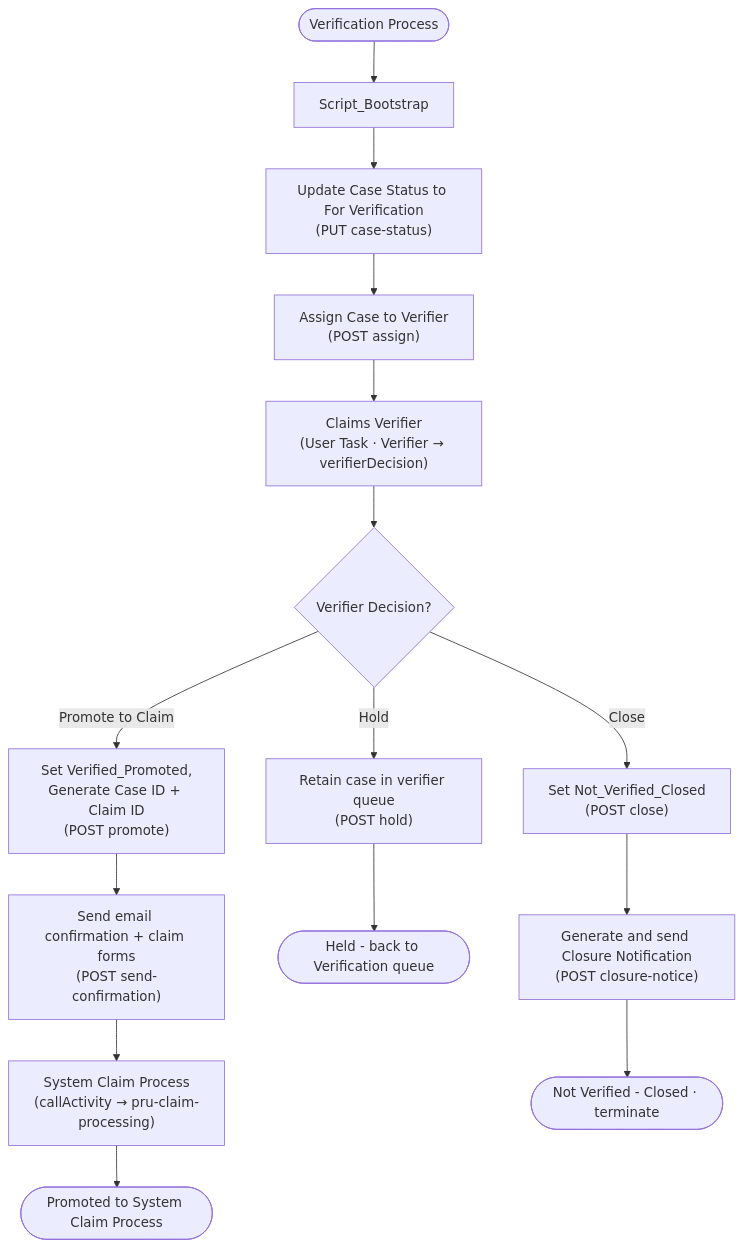
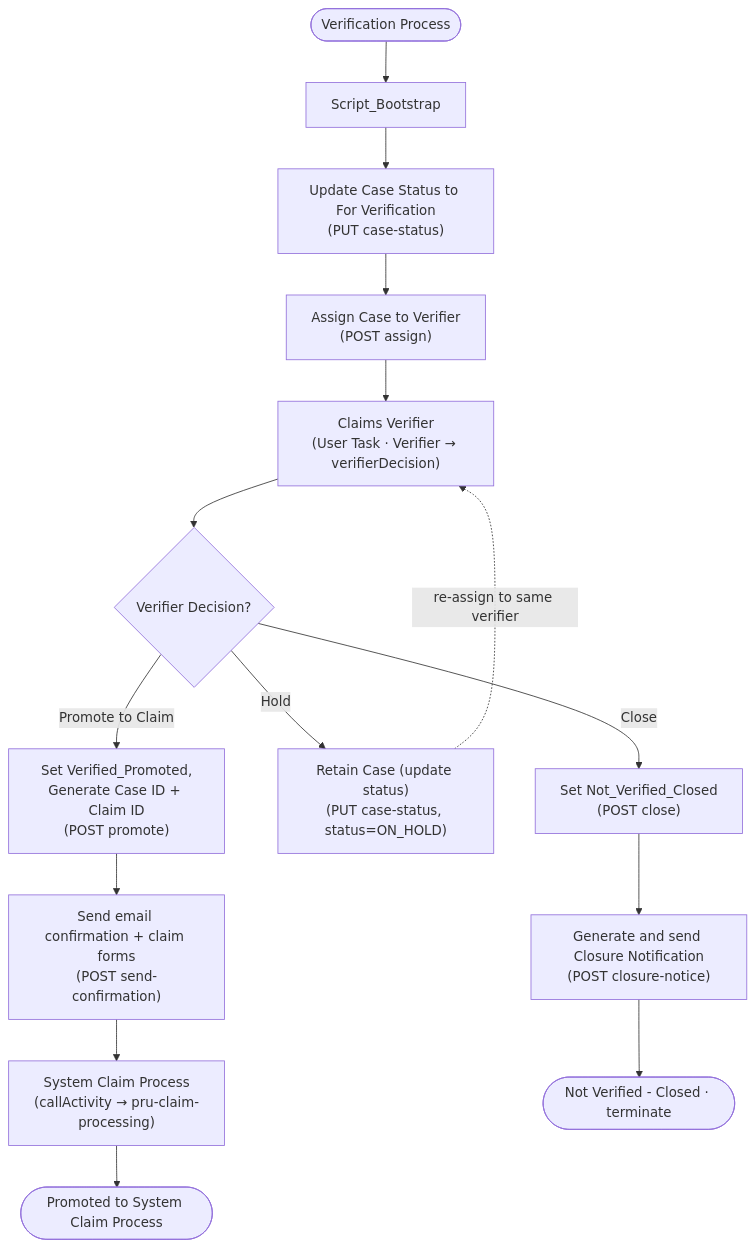
Before and after one commit to Avinashkumar8694/prudential-claims-bpm: the second of 2 diagrams in docs/pru_claim_verification_solution.md, drawn with Mermaid. The commit also changed other lines of this file and 4 other files, not shown here.

Commit message:
feat: updated claim verificatio flow

````diff
--- a/docs/pru_claim_verification_solution.md
+++ b/docs/pru_claim_verification_solution.md
@@ -95,20 +95,20 @@
 ```mermaid
 graph TD
     START([Verification Process]) --> BOOT[Script_Bootstrap]
     BOOT --> ST["Update Case Status to For Verification<br/>(PUT case-status)"]
     ST --> AS["Assign Case to Verifier<br/>(POST assign)"]
     AS --> DC["Claims Verifier<br/>(User Task · Verifier → verifierDecision)"]
     DC --> GW{Verifier Decision?}
 
     GW -- "Promote to Claim" --> PR["Set Verified_Promoted,<br/>Generate Case ID + Claim ID<br/>(POST promote)"]
     PR --> SC["Send email confirmation + claim forms<br/>(POST send-confirmation)"]
     SC --> SYS["System Claim Process<br/>(callActivity → pru-claim-processing)"]
     SYS --> EP([Promoted to System Claim Process])
 
-    GW -- "Hold" --> HO["Retain case in verifier queue<br/>(POST hold)"]
-    HO --> EH([Held - back to Verification queue])
+    GW -- "Hold" --> HO["Retain Case (update status)<br/>(PUT case-status, status=ON_HOLD)"]
+    HO -. "re-assign to same verifier" .-> DC
 
     GW -- "Close" --> CL["Set Not_Verified_Closed<br/>(POST close)"]
     CL --> CN["Generate and send Closure Notification<br/>(POST closure-notice)"]
     CN --> EC([Not Verified - Closed · terminate])
 ```
````
